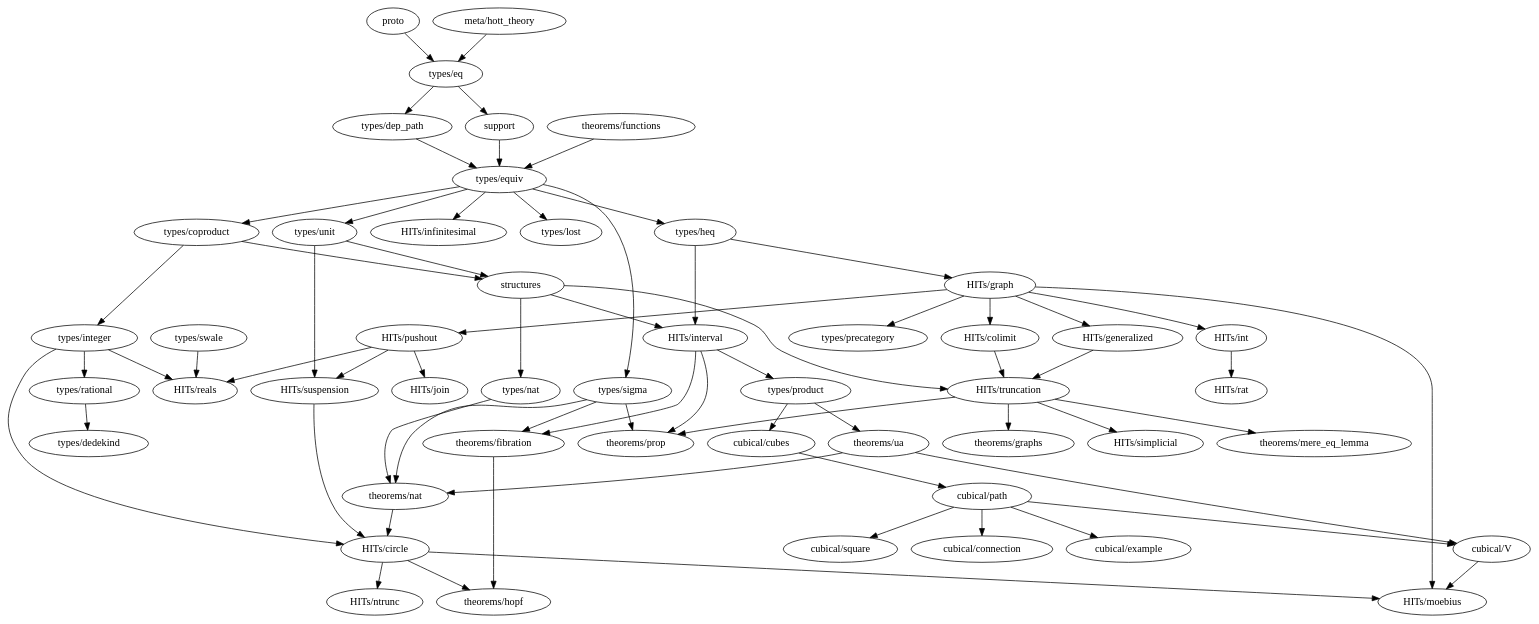
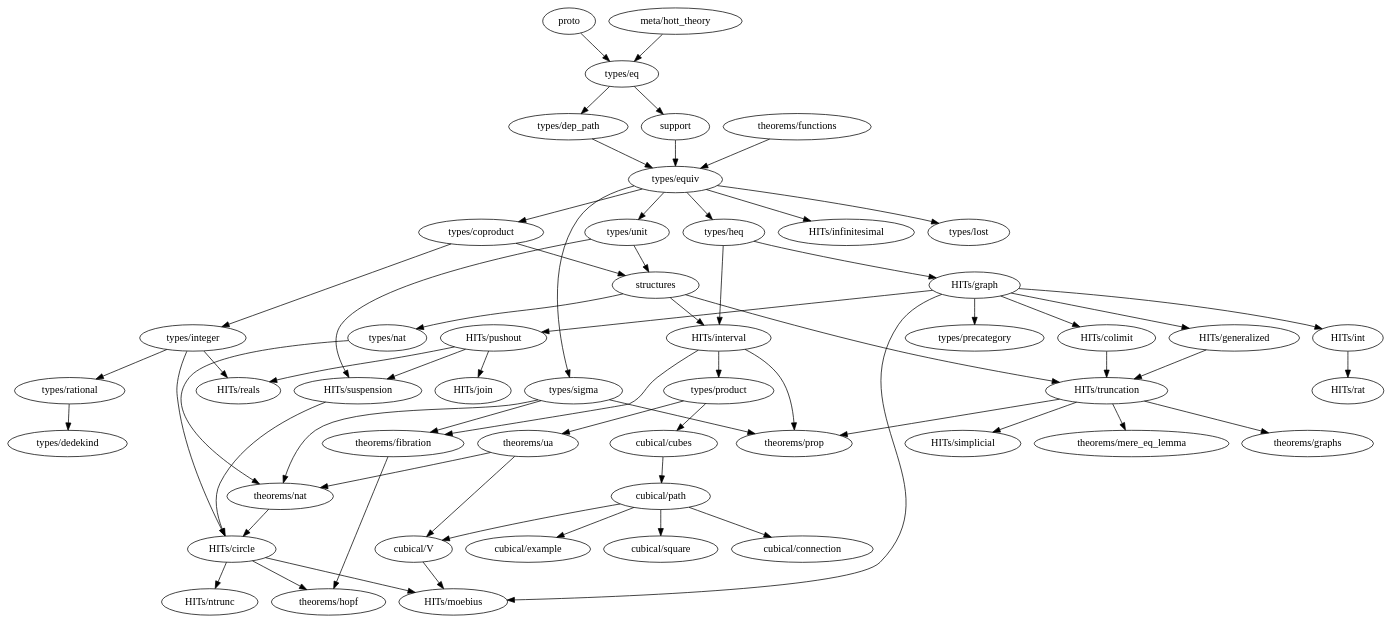
The diagram in dependency_map.gv (forked-from-1kasper/ground_zero), drawn with Graphviz before and after one commit. The commit also changed 3 other files, not shown here.

```diff
--- a/dependency_map.gv
+++ b/dependency_map.gv
@@ -1,105 +1,104 @@
 digraph dependency_map {
   proto -> "types/eq"
   "meta/hott_theory" -> "types/eq"
   support -> "types/equiv"
   structures -> {
     "HITs/interval",
     "HITs/truncation",
     "types/nat"
   }
 
   subgraph types {
     "types/coproduct" -> { "types/integer", structures }
     "types/dedekind"
     "types/dep_path" -> "types/equiv"
     "types/eq" -> { "types/dep_path", support }
     "types/equiv" -> {
       "types/heq",
       "HITs/infinitesimal",
       "types/coproduct",
       "types/lost",
       "types/unit",
       "types/sigma"
     }
     "types/heq" -> {
       "HITs/interval",
       "HITs/graph"
     }
     "types/integer" -> {
       "HITs/circle",
       "HITs/reals",
       "types/rational"
     }
     "types/lost"
     "types/nat" -> { "theorems/nat" }
     "types/product" -> { "cubical/cubes", "theorems/ua" }
     "types/rational" -> { "types/dedekind" }
     "types/sigma" -> { "theorems/fibration", "theorems/prop", "theorems/nat" }
-    "types/swale" -> { "HITs/reals" }
     "types/unit" -> { structures, "HITs/suspension" }
   }
 
   subgraph HITs {
     "HITs/circle" -> { "HITs/ntrunc", "theorems/hopf", "HITs/moebius" }
     "HITs/colimit" -> "HITs/truncation"
     "HITs/generalized" -> "HITs/truncation"
     "HITs/graph" -> {
       "HITs/colimit",
       "HITs/generalized",
       "HITs/int",
       "HITs/pushout",
       "HITs/moebius",
       "types/precategory"
     }
     "HITs/infinitesimal"
     "HITs/int" -> "HITs/rat"
     "HITs/interval" -> {
       "types/product",
       "theorems/prop",
       "theorems/fibration"
     }
     "HITs/join"
     "HITs/moebius"
     "HITs/ntrunc"
     "HITs/pushout" -> {
       "HITs/join",
       "HITs/reals",
       "HITs/suspension"
     }
     "HITs/rat"
     "HITs/reals"
     "HITs/simplicial"
     "HITs/suspension" -> "HITs/circle"
     "HITs/truncation" -> {
       "theorems/mere_eq_lemma",
       "theorems/prop",
       "theorems/graphs",
       "HITs/simplicial"
     }
   }
 
   subgraph cubical {
     "cubical/connection"
     "cubical/cubes" -> "cubical/path"
     "cubical/example"
     "cubical/path" -> {
       "cubical/square",
       "cubical/example",
       "cubical/V",
       "cubical/connection"
     }
     "cubical/square"
     "cubical/V" -> "HITs/moebius"
   }
 
   subgraph theorems {
     "theorems/fibration" -> { "theorems/hopf" }
     "theorems/functions" -> { "types/equiv" }
     "theorems/graphs"
     "theorems/hopf"
     "theorems/mere_eq_lemma"
     "theorems/nat" -> { "HITs/circle" }
     "theorems/prop"
     "theorems/ua" -> { "theorems/nat", "cubical/V" }
   }
 }
```
